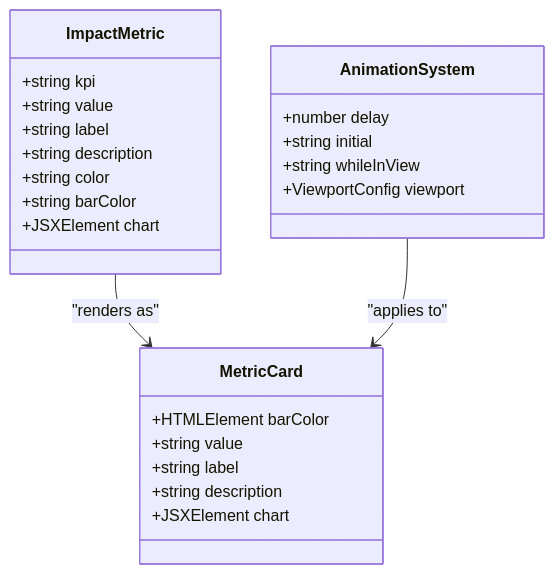
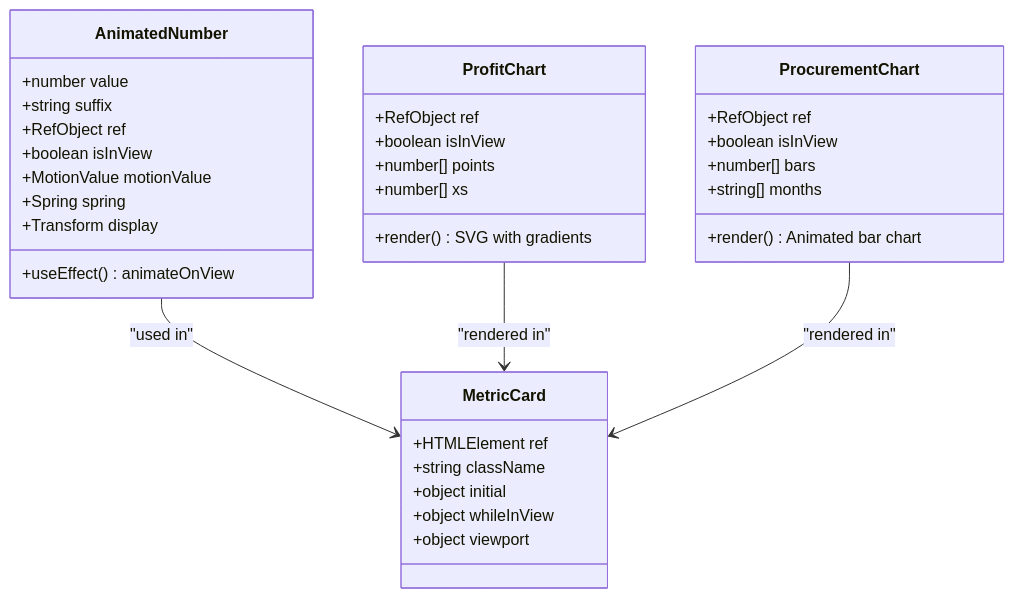
The third of 7 diagrams in .qoder/repowiki/en/content/Component Library & UI Elements/ImpactSection Component.md (subash7781/Portfolio), drawn with Mermaid before and after one commit. The commit also changed other lines of this file and 6 other files, not shown here.

````diff
--- a/.qoder/repowiki/en/content/Component Library & UI Elements/ImpactSection Component.md
+++ b/.qoder/repowiki/en/content/Component Library & UI Elements/ImpactSection Component.md
@@ -87,27 +101,37 @@
 ```mermaid
 classDiagram
-class ImpactMetric {
-+string kpi
-+string value
-+string label
-+string description
-+string color
-+string barColor
-+JSXElement chart
+class AnimatedNumber {
++number value
++string suffix
++RefObject ref
++boolean isInView
++MotionValue motionValue
++Spring spring
++Transform display
++useEffect() animateOnView
+}
+class ProfitChart {
++RefObject ref
++boolean isInView
++number[] points
++number[] xs
++render() SVG with gradients
+}
+class ProcurementChart {
++RefObject ref
++boolean isInView
++number[] bars
++string[] months
++render() Animated bar chart
 }
 class MetricCard {
-+HTMLElement barColor
-+string value
-+string label
-+string description
-+JSXElement chart
++HTMLElement ref
++string className
++object initial
++object whileInView
++object viewport
 }
-class AnimationSystem {
-+number delay
-+string initial
-+string whileInView
-+ViewportConfig viewport
-}
-ImpactMetric --> MetricCard : "renders as"
-AnimationSystem --> MetricCard : "applies to"
+AnimatedNumber --> MetricCard : "used in"
+ProfitChart --> MetricCard : "rendered in"
+ProcurementChart --> MetricCard : "rendered in"
 ```
````
